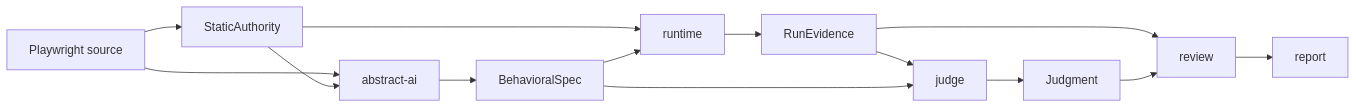
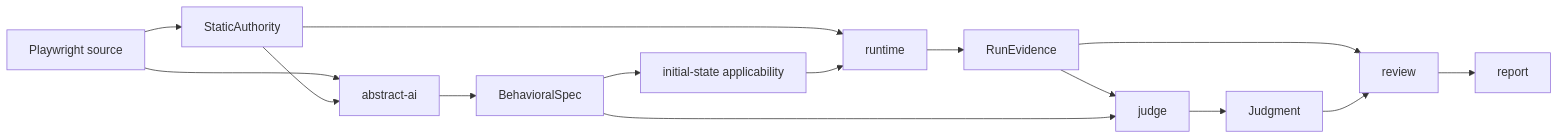
The diagram in apps/playwright-spec-for-ai-agent/ARCHITECTURE.md (lodado/playwright-spec-for-AI-Agent), drawn with Mermaid before and after one commit. The commit also changed other lines of this file and 24 other files, not shown here.

````diff
--- a/apps/playwright-spec-for-ai-agent/ARCHITECTURE.md
+++ b/apps/playwright-spec-for-ai-agent/ARCHITECTURE.md
@@ -39,16 +39,17 @@
 ```mermaid
 flowchart LR
   Spec["Playwright source"] --> Authority["StaticAuthority"]
   Spec --> Abstract["abstract-ai"]
   Authority --> Abstract
-  Abstract --> Behavior["BehavioralSpec"]
+Abstract --> Behavior["BehavioralSpec"]
   Authority --> Runtime["runtime"]
-  Behavior --> Runtime
+  Behavior --> Applicability["initial-state applicability"]
+  Applicability --> Runtime
   Runtime --> Evidence["RunEvidence"]
   Evidence --> Judge["judge"]
   Behavior --> Judge
   Judge --> Judgment["Judgment"]
   Evidence --> Review["review"]
   Judgment --> Review
   Review --> Report["report"]
 ```
````
